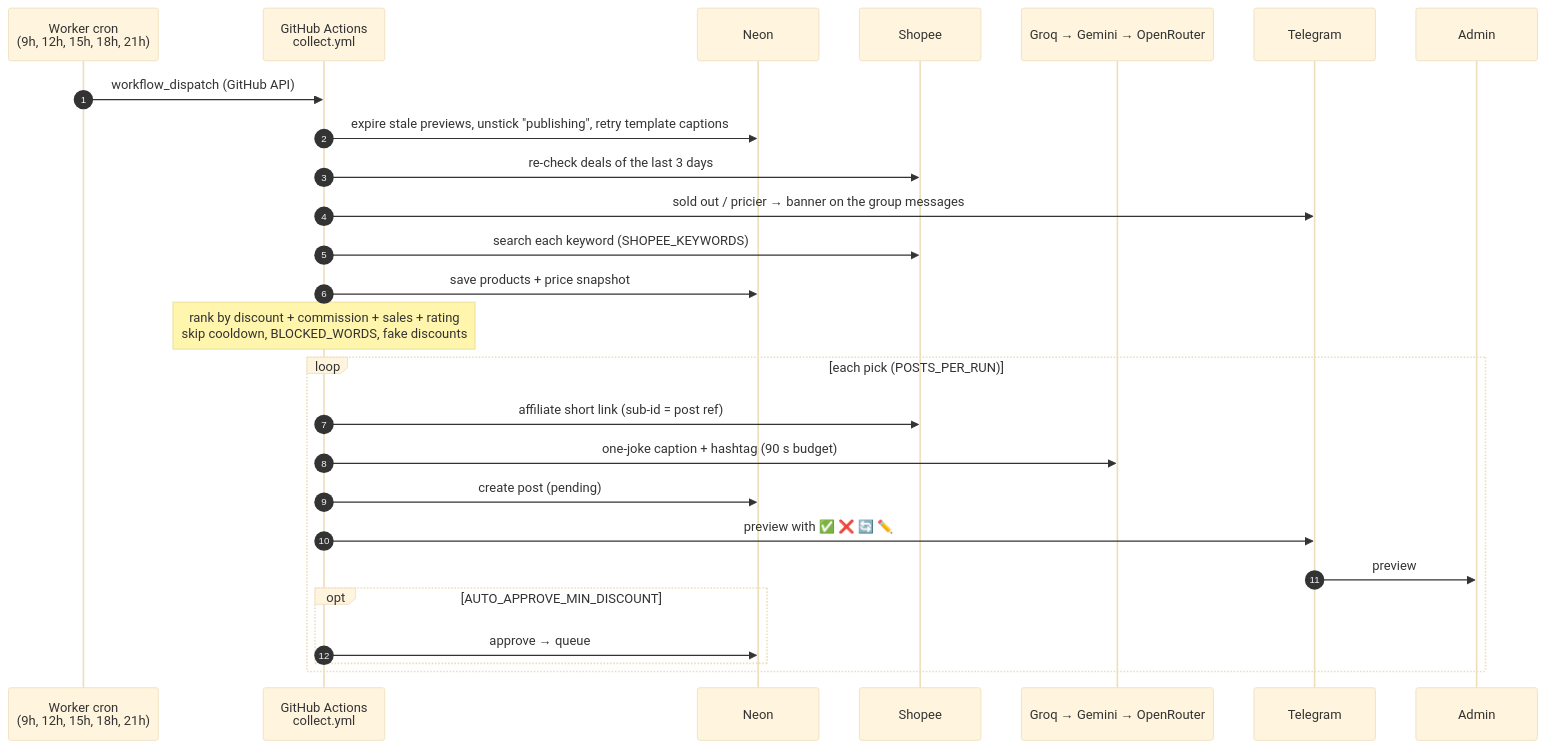
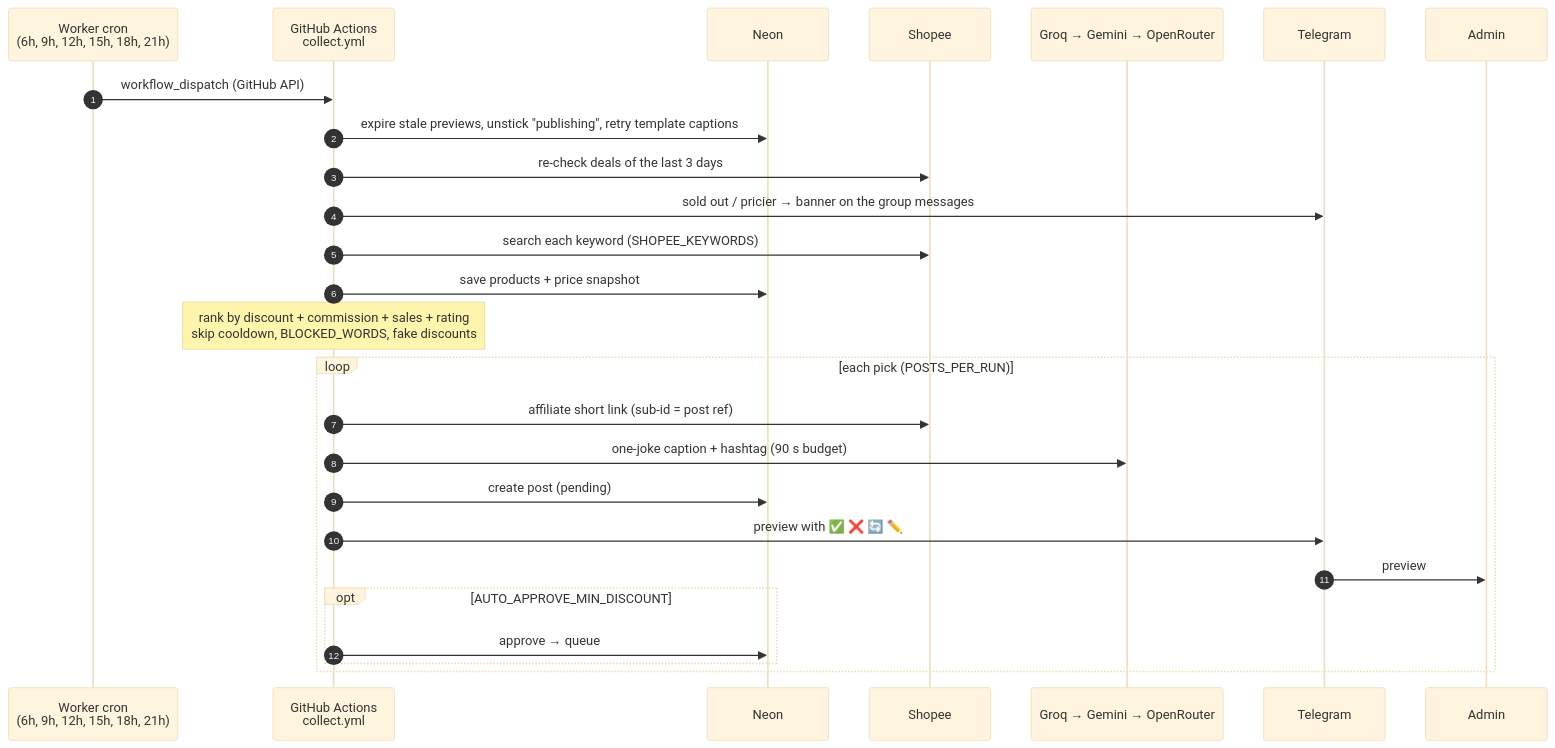
Before and after one commit to David-Ackerman/dev-das-promos: the fourth of 9 diagrams in docs/ARCHITECTURE.md, drawn with Mermaid (base theme). The commit also changed other lines of this file and 12 other files, not shown here.

````diff
--- a/docs/ARCHITECTURE.md
+++ b/docs/ARCHITECTURE.md
@@ -148,29 +148,29 @@
 ```mermaid
 sequenceDiagram
   autonumber
-  participant Cron as Worker cron<br/>(9h, 12h, 15h, 18h, 21h)
+  participant Cron as Worker cron<br/>(6h, 9h, 12h, 15h, 18h, 21h)
   participant GH as GitHub Actions<br/>collect.yml
   participant DB as Neon
   participant Shopee
   participant AI as Groq → Gemini → OpenRouter
   participant TG as Telegram
   participant Admin
 
   Cron->>GH: workflow_dispatch (GitHub API)
   GH->>DB: expire stale previews, unstick "publishing", retry template captions
   GH->>Shopee: re-check deals of the last 3 days
   GH->>TG: sold out / pricier → banner on the group messages
   GH->>Shopee: search each keyword (SHOPEE_KEYWORDS)
   GH->>DB: save products + price snapshot
   Note over GH: rank by discount + commission + sales + rating<br/>skip cooldown, BLOCKED_WORDS, fake discounts
   loop each pick (POSTS_PER_RUN)
     GH->>Shopee: affiliate short link (sub-id = post ref)
     GH->>AI: one-joke caption + hashtag (90 s budget)
     GH->>DB: create post (pending)
     GH->>TG: preview with ✅ ❌ 🔄 ✏️
     TG->>Admin: preview
     opt AUTO_APPROVE_MIN_DISCOUNT
       GH->>DB: approve → queue
     end
   end
 ```
````
